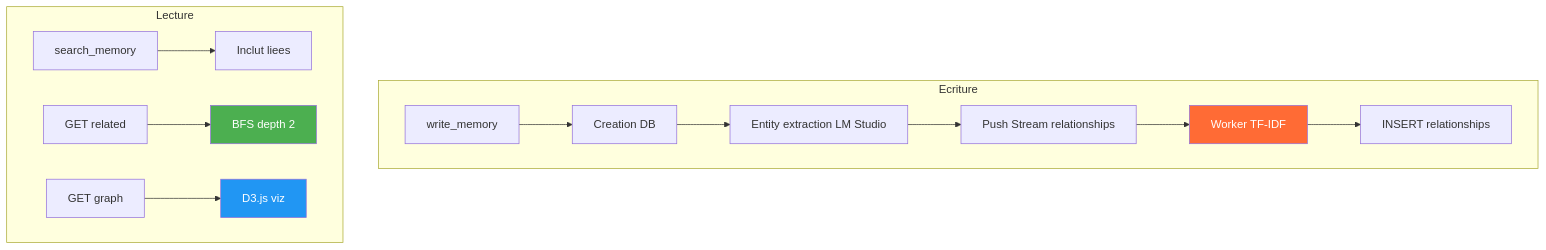
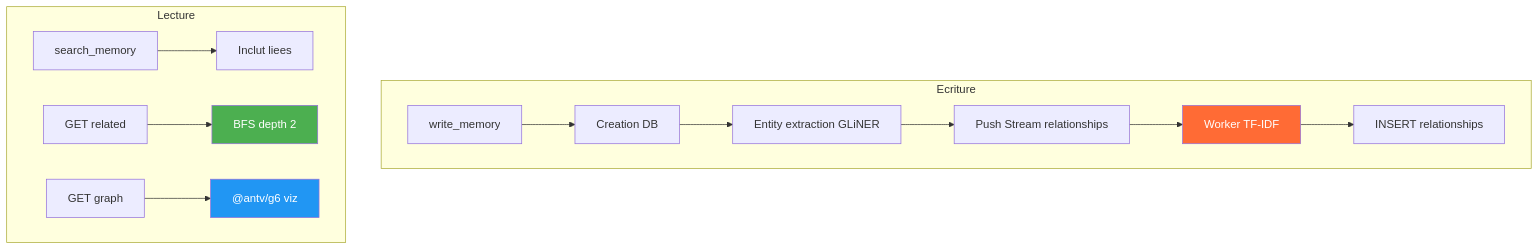
Before and after one commit to giak/mnemo-lite: diagram 11 of 13 in docs/ARCHITECTURE.md, drawn with Mermaid. The commit also changed other lines of this file and 9 other files, not shown here.

````diff
--- a/docs/ARCHITECTURE.md
+++ b/docs/ARCHITECTURE.md
@@ -574,20 +599,20 @@
 ```mermaid
 flowchart TD
     subgraph "Ecriture"
         WM[write_memory] --> CR[Creation DB]
-        CR --> EE[Entity extraction LM Studio]
+        CR --> EE[Entity extraction GLiNER]
         EE --> RS[Push Stream relationships]
         RS --> WK[Worker TF-IDF]
         WK --> INS[INSERT relationships]
     end
 
     subgraph "Lecture"
         SM[search_memory] --> REL[Inclut liees]
         G1[GET related] --> BFS[BFS depth 2]
-        G2[GET graph] --> D3[D3.js viz]
+        G2[GET graph] --> G6["@"antv/g6 viz]
     end
 
     style WK fill:#FF6B35,color:#fff
     style BFS fill:#4CAF50,color:#fff
-    style D3 fill:#2196F3,color:#fff
+    style G6 fill:#2196F3,color:#fff
 ```
````
